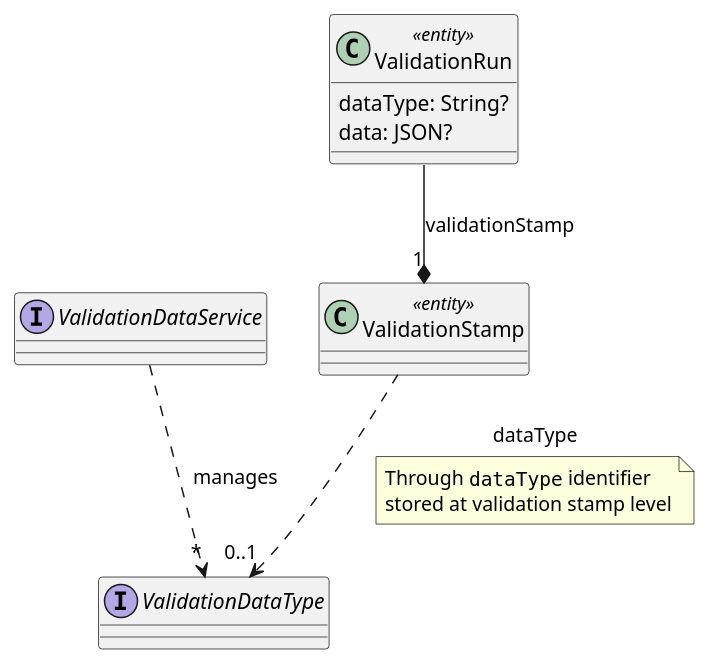
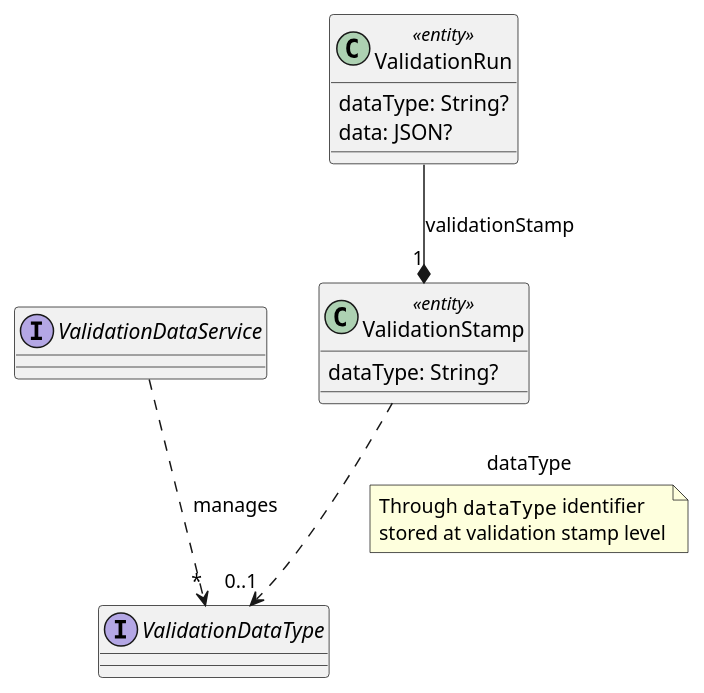
The diagram in ontrack-docs/src/docs/asciidoc/architecture-quantitative-validation-stamps.puml (nemerosa/ontrack), drawn with PlantUML before and after one commit. The commit also changed 1 other file, not shown here.

Commit message:
#176 Data type model

```diff
--- a/ontrack-docs/src/docs/asciidoc/architecture-quantitative-validation-stamps.puml
+++ b/ontrack-docs/src/docs/asciidoc/architecture-quantitative-validation-stamps.puml
@@ -1,22 +1,24 @@
 @startuml
 
-class ValidationStamp <<entity>>
+class ValidationStamp <<entity>> {
+    dataType: String?
+}
 class ValidationRun <<entity>> {
     dataType: String?
     data: JSON?
 }
 
 interface ValidationDataType
 interface ValidationDataService
 
 ValidationRun --* ValidationStamp: validationStamp "1"
 
 ValidationDataService ..> ValidationDataType: manages "*"
 
 ValidationStamp ..> ValidationDataType: dataType "0..1"
 note on link
     Through ""dataType"" identifier
     stored at validation stamp level
 end note
 
 @enduml
```
